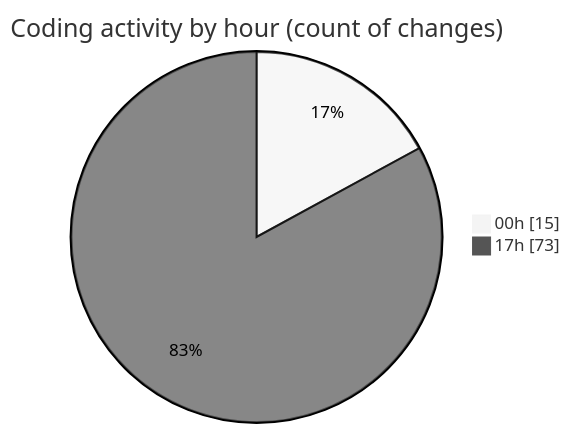
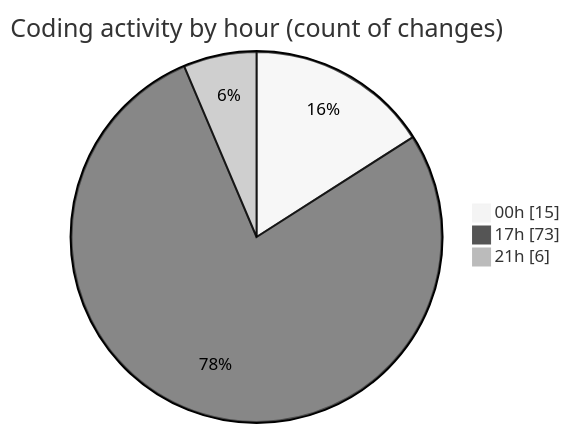
One commit to Netris89/code-tracking changed the second of 2 diagrams in 2025-04-06/echo/README.md. Above: the diagram before and after it, drawn with Mermaid (neutral theme). The commit also changed other lines of this file and 1 other file, not shown here.

````diff
--- a/2025-04-06/echo/README.md
+++ b/2025-04-06/echo/README.md
@@ -38,6 +38,7 @@
 ```mermaid
 pie showData
 title Coding activity by hour (count of changes)
 "00h" : 15
 "17h" : 73
+"21h" : 6
 ```
````
